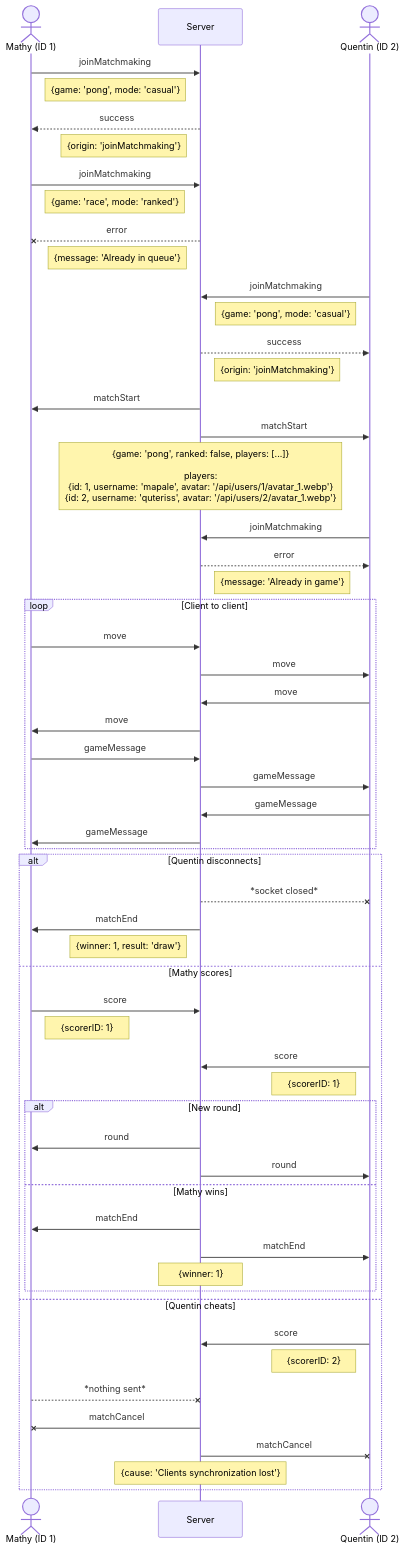
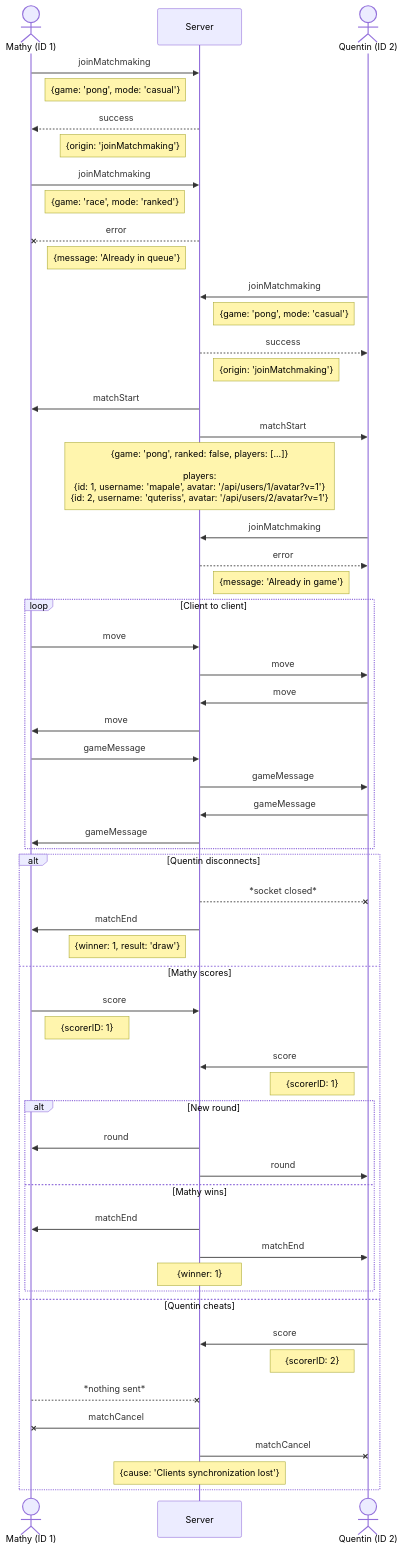
One commit to deydoux/42cursus-ft_transcendence changed the diagram in docs/WebSocket/match.md. Above: the diagram before and after it, drawn with Mermaid. The commit also changed 1 other file, not shown here.

Commit message:
feat: add game invite documentation and update player avatar links for consistency

````diff
--- a/docs/WebSocket/match.md
+++ b/docs/WebSocket/match.md
@@ -3,70 +3,70 @@
 ```mermaid
 sequenceDiagram
   actor m as Mathy (ID 1)
   participant s as Server
   actor q as Quentin (ID 2)
 
   m ->> s: joinMatchmaking
   Note right of m: {game: 'pong', mode: 'casual'}
   s -->> m: success
   Note left of s: {origin: 'joinMatchmaking'}
 
   m ->> s: joinMatchmaking
   Note right of m: {game: 'race', mode: 'ranked'}
   s --x m: error
   Note left of s: {message: 'Already in queue'}
 
   q ->> s: joinMatchmaking
   Note left of q: {game: 'pong', mode: 'casual'}
   s -->> q: success
   Note right of s: {origin: 'joinMatchmaking'}
 
   s ->> m: matchStart
   s ->> q: matchStart
-  Note over s: {game: 'pong', ranked: false, players: [...]}<br><br> players:<br>{id: 1, username: 'mapale', avatar: '/api/users/1/avatar_1.webp'}<br>{id: 2, username: 'quteriss', avatar: '/api/users/2/avatar_1.webp'}
+  Note over s: {game: 'pong', ranked: false, players: [...]}<br><br> players:<br>{id: 1, username: 'mapale', avatar: '/api/users/1/avatar?v=1'}<br>{id: 2, username: 'quteriss', avatar: '/api/users/2/avatar?v=1'}
 
   q ->> s: joinMatchmaking
   s -->> q: error
   Note right of s: {message: 'Already in game'}
 
   loop Client to client
     m ->> s: move
     s ->> q: move
     q ->> s: move
     s ->> m: move
 
     m ->> s: gameMessage
     s ->> q: gameMessage
     q ->> s: gameMessage
     s ->> m: gameMessage
   end
 
   alt Quentin disconnects
     s --x q: *socket closed*
     s ->> m: matchEnd
     Note left of s: {winner: 1, result: 'draw'}
 
   else Mathy scores
     m ->> s: score
     Note right of m: {scorerID: 1}
     q ->> s: score
     Note left of q: {scorerID: 1}
 
     alt New round
       s ->> m: round
       s ->> q: round
     else Mathy wins
       s ->> m: matchEnd
       s ->> q: matchEnd
       Note over s: {winner: 1}
     end
 
   else Quentin cheats
     q ->> s: score
     Note left of q: {scorerID: 2}
     m --x s: *nothing sent*
     s -x m: matchCancel
     s -x q: matchCancel
     Note over s: {cause: 'Clients synchronization lost'}
   end
 ```
````
